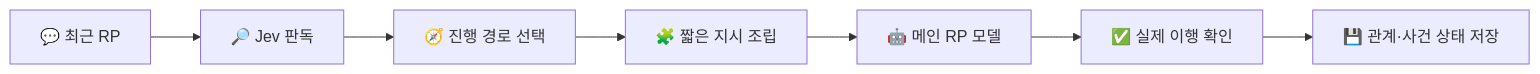
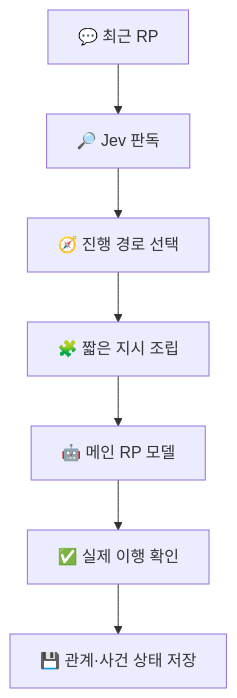
Before and after one commit to bongbong11/-_-: the first of 4 diagrams in README.md, drawn with Mermaid. The commit also changed other lines of this file, not shown here.

```diff
--- a/README.md
+++ b/README.md
@@ -41,9 +39,9 @@
 ~~~mermaid
-flowchart LR
+flowchart TD
     A["💬 최근 RP"] --> B["🔎 Jev 판독"]
     B --> C["🧭 진행 경로 선택"]
     C --> D["🧩 짧은 지시 조립"]
     D --> E["🤖 메인 RP 모델"]
     E --> F["✅ 실제 이행 확인"]
     F --> G["💾 관계·사건 상태 저장"]
 ~~~
```
